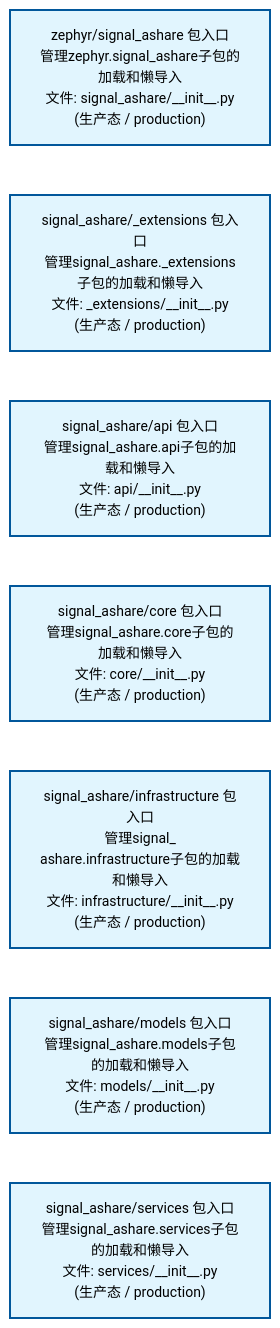
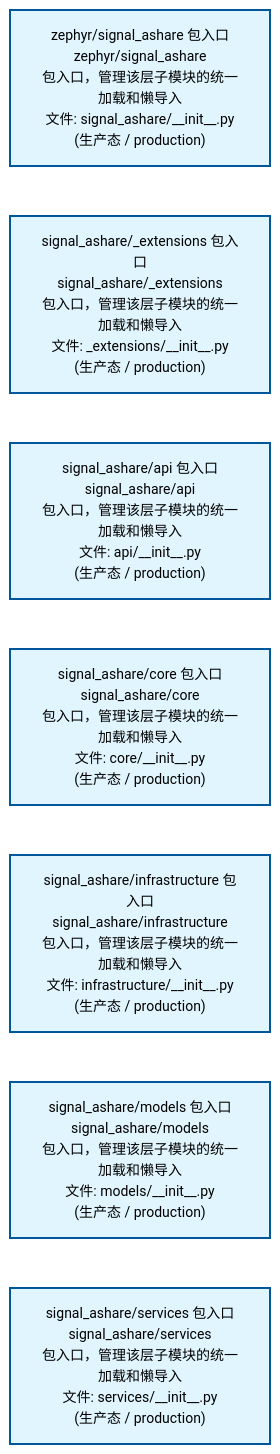
One commit to xuanFelixVan/ZephyrAlpha changed the second of 4 diagrams in docs/02_enterprise_architecture/02_domain_architecture_docs/32_d_ashare_signal.md. Above: the diagram before and after it, drawn with Mermaid. The commit also changed other lines of this file and 58 other files, not shown here.

````diff
--- a/docs/02_enterprise_architecture/02_domain_architecture_docs/32_d_ashare_signal.md
+++ b/docs/02_enterprise_architecture/02_domain_architecture_docs/32_d_ashare_signal.md
@@ -107,22 +107,22 @@
 ```mermaid
 %%{init: {'theme': 'base', 'themeVariables': {'primaryColor': '#eaeaea', 'primaryTextColor': '#333333', 'primaryBorderColor': '#666666', 'lineColor': '#666666', 'secondaryColor': '#eaeaea', 'tertiaryColor': '#eaeaea', 'fontSize': '14px'}}}%%
 flowchart TD
-    src_zephyr_signal_ashare_init_py["zephyr/signal_ashare 包入口<br/>管理zephyr.signal_ashare子包的加载和懒导入<br/>文件: signal_ashare/__init__.py<br/>(生产态 / production)"]
-    src_zephyr_signal_ashare_extensions_init_py["signal_ashare/_extensions 包入口<br/>管理signal_ashare._extensions子包的加载和懒导入<br/>文件: _extensions/__init__.py<br/>(生产态 / production)"]
-    src_zephyr_signal_ashare_api_init_py["signal_ashare/api 包入口<br/>管理signal_ashare.api子包的加载和懒导入<br/>文件: api/__init__.py<br/>(生产态 / production)"]
-    src_zephyr_signal_ashare_core_init_py["signal_ashare/core 包入口<br/>管理signal_ashare.core子包的加载和懒导入<br/>文件: core/__init__.py<br/>(生产态 / production)"]
-    src_zephyr_signal_ashare_infrastructure_init_py["signal_ashare/infrastructure 包入口<br/>管理signal_<br/>ashare.infrastructure子包的加载和懒导入<br/>文件: infrastructure/__init__.py<br/>(生产态 / production)"]
-    src_zephyr_signal_ashare_models_init_py["signal_ashare/models 包入口<br/>管理signal_ashare.models子包的加载和懒导入<br/>文件: models/__init__.py<br/>(生产态 / production)"]
-    src_zephyr_signal_ashare_services_init_py["signal_ashare/services 包入口<br/>管理signal_ashare.services子包的加载和懒导入<br/>文件: services/__init__.py<br/>(生产态 / production)"]
+    src_zephyr_signal_ashare_init_py["zephyr/signal_ashare 包入口<br/>zephyr/signal_ashare<br/>包入口，管理该层子模块的统一加载和懒导入<br/>文件: signal_ashare/__init__.py<br/>(生产态 / production)"]
+    src_zephyr_signal_ashare_extensions_init_py["signal_ashare/_extensions 包入口<br/>signal_ashare/_extensions<br/>包入口，管理该层子模块的统一加载和懒导入<br/>文件: _extensions/__init__.py<br/>(生产态 / production)"]
+    src_zephyr_signal_ashare_api_init_py["signal_ashare/api 包入口<br/>signal_ashare/api<br/>包入口，管理该层子模块的统一加载和懒导入<br/>文件: api/__init__.py<br/>(生产态 / production)"]
+    src_zephyr_signal_ashare_core_init_py["signal_ashare/core 包入口<br/>signal_ashare/core<br/>包入口，管理该层子模块的统一加载和懒导入<br/>文件: core/__init__.py<br/>(生产态 / production)"]
+    src_zephyr_signal_ashare_infrastructure_init_py["signal_ashare/infrastructure 包入口<br/>signal_ashare/infrastructure<br/>包入口，管理该层子模块的统一加载和懒导入<br/>文件: infrastructure/__init__.py<br/>(生产态 / production)"]
+    src_zephyr_signal_ashare_models_init_py["signal_ashare/models 包入口<br/>signal_ashare/models<br/>包入口，管理该层子模块的统一加载和懒导入<br/>文件: models/__init__.py<br/>(生产态 / production)"]
+    src_zephyr_signal_ashare_services_init_py["signal_ashare/services 包入口<br/>signal_ashare/services<br/>包入口，管理该层子模块的统一加载和懒导入<br/>文件: services/__init__.py<br/>(生产态 / production)"]
     src_zephyr_signal_ashare_init_py ~~~ src_zephyr_signal_ashare_extensions_init_py
     src_zephyr_signal_ashare_extensions_init_py ~~~ src_zephyr_signal_ashare_api_init_py
     src_zephyr_signal_ashare_api_init_py ~~~ src_zephyr_signal_ashare_core_init_py
     src_zephyr_signal_ashare_core_init_py ~~~ src_zephyr_signal_ashare_infrastructure_init_py
     src_zephyr_signal_ashare_infrastructure_init_py ~~~ src_zephyr_signal_ashare_models_init_py
     src_zephyr_signal_ashare_models_init_py ~~~ src_zephyr_signal_ashare_services_init_py
     classDef production fill:#e1f5fe,stroke:#01579b,stroke-width:2px,color:#000
     classDef design fill:#fff3e0,stroke:#e65100,stroke-width:2px,color:#000,stroke-dasharray: 5 5
     classDef external_prod fill:#e8f4fd,stroke:#0277bd,stroke-width:1px,color:#000
     classDef external_design fill:#fff8e7,stroke:#ef6c00,stroke-width:1px,color:#000,stroke-dasharray: 5 5
     class src_zephyr_signal_ashare_init_py,src_zephyr_signal_ashare_extensions_init_py,src_zephyr_signal_ashare_api_init_py,src_zephyr_signal_ashare_core_init_py,src_zephyr_signal_ashare_infrastructure_init_py,src_zephyr_signal_ashare_models_init_py,src_zephyr_signal_ashare_services_init_py production
 ```
````
